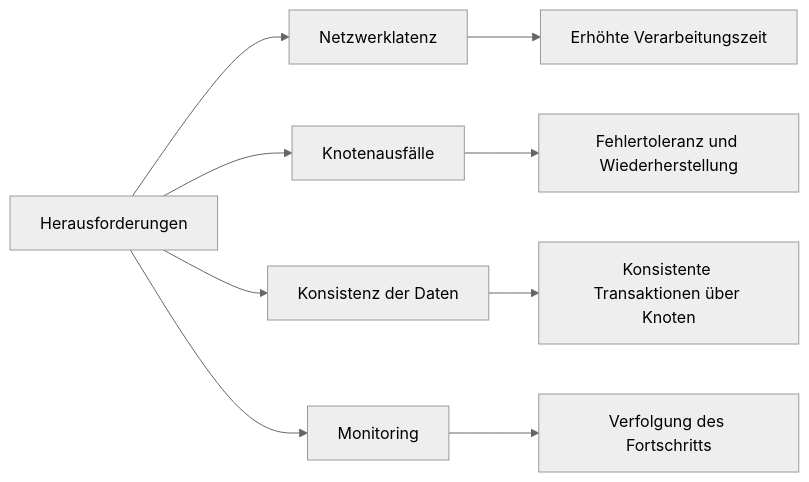
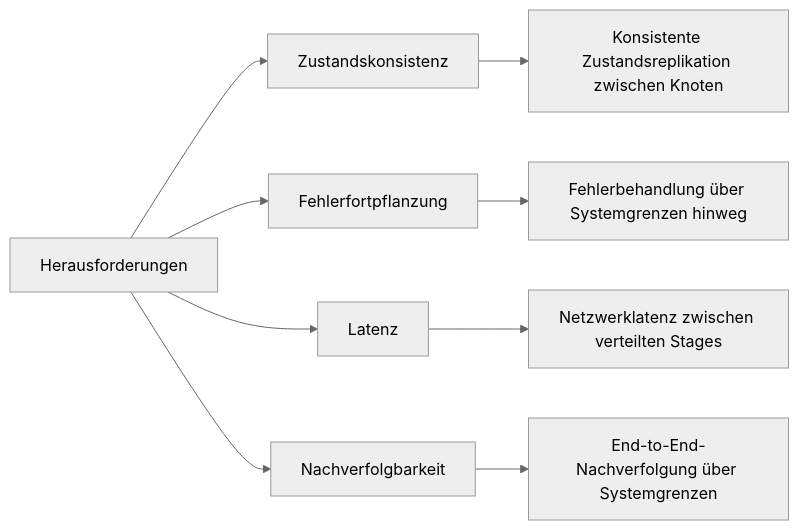
Before and after one commit to scimbe/VS_Pattern_By_KI: diagram 11 of 13 in Pipeline/docs/IMPLEMENTATION_GUIDE.md, drawn with Mermaid (neutral theme). The commit also changed other lines of this file and 19 other files, not shown here.

````diff
--- a/Pipeline/docs/IMPLEMENTATION_GUIDE.md
+++ b/Pipeline/docs/IMPLEMENTATION_GUIDE.md
@@ -167,12 +185,12 @@
 ```mermaid
 graph LR
-    A[Herausforderungen] --> B[Netzwerklatenz]
-    A --> C[Knotenausfälle]
-    A --> D[Konsistenz der Daten]
-    A --> E[Monitoring]
+    A[Herausforderungen] --> B[Zustandskonsistenz]
+    A --> C[Fehlerfortpflanzung]
+    A --> D[Latenz]
+    A --> E[Nachverfolgbarkeit]
     
-    B --> B1[Erhöhte Verarbeitungszeit]
-    C --> C1[Fehlertoleranz und Wiederherstellung]
-    D --> D1[Konsistente Transaktionen über Knoten]
-    E --> E1[Verfolgung des Fortschritts]
+    B --> B1[Konsistente Zustandsreplikation zwischen Knoten]
+    C --> C1[Fehlerbehandlung über Systemgrenzen hinweg]
+    D --> D1[Netzwerklatenz zwischen verteilten Stages]
+    E --> E1[End-to-End-Nachverfolgung über Systemgrenzen]
 ```
````
